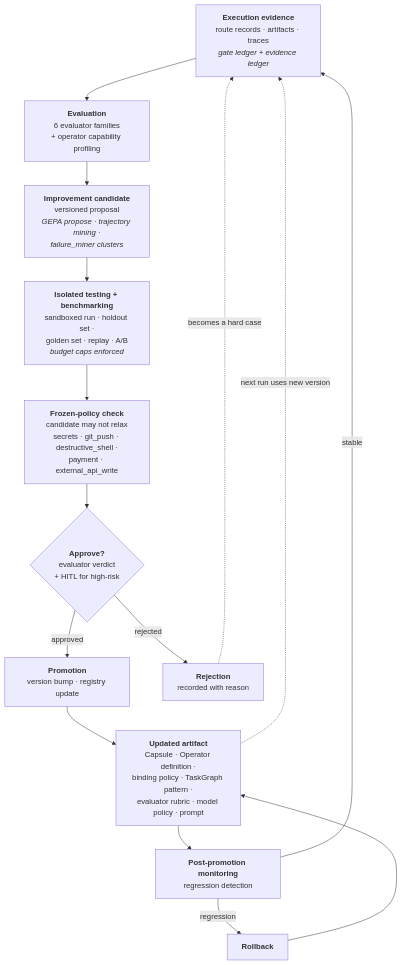
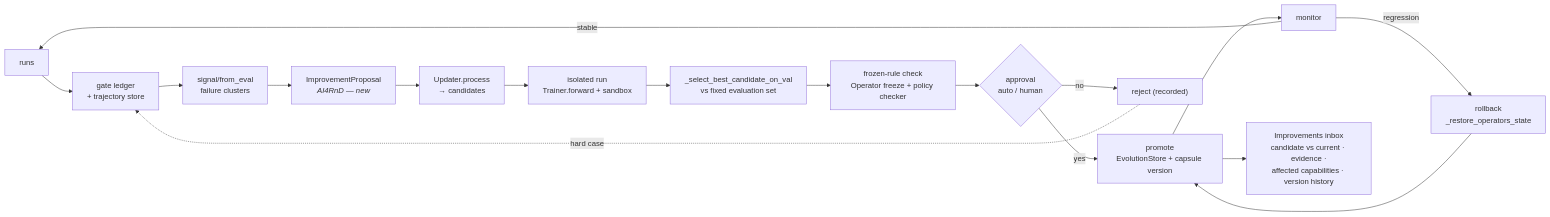
The third of 3 diagrams in docs/analysis/ai4rnd-jiuwenswarm/08-recommended-architecture.md (suraj-subrahmanyan/jiuwenswarm), drawn with Mermaid before and after one commit. The commit also changed other lines of this file and 14 other files, not shown here.

First line of the commit message:
docs(analysis): reopen architecture decision after openjiuwen mechanism inventory

````diff
--- a/docs/analysis/ai4rnd-jiuwenswarm/08-recommended-architecture.md
+++ b/docs/analysis/ai4rnd-jiuwenswarm/08-recommended-architecture.md
@@ -142,22 +141,18 @@
 ```mermaid
-flowchart TB
-    EXEC["<b>Execution evidence</b><br/>route records · artifacts · traces<br/><i>gate ledger + evidence ledger</i>"]
-    EVAL["<b>Evaluation</b><br/>6 evaluator families<br/>+ operator capability profiling"]
-    CAND["<b>Improvement candidate</b><br/>versioned proposal<br/><i>GEPA propose · trajectory mining ·<br/>failure_miner clusters</i>"]
-    ISO["<b>Isolated testing + benchmarking</b><br/>sandboxed run · holdout set ·<br/>golden set · replay · A/B<br/><i>budget caps enforced</i>"]
-    POL["<b>Frozen-policy check</b><br/>candidate may not relax<br/>secrets · git_push · destructive_shell ·<br/>payment · external_api_write"]
-    DEC{"<b>Approve?</b><br/>evaluator verdict<br/>+ HITL for high-risk"}
-    PROMO["<b>Promotion</b><br/>version bump · registry update"]
-    REJ["<b>Rejection</b><br/>recorded with reason"]
-    TGT["<b>Updated artifact</b><br/>Capsule · Operator definition ·<br/>binding policy · TaskGraph pattern ·<br/>evaluator rubric · model policy · prompt"]
-    MON["<b>Post-promotion monitoring</b><br/>regression detection"]
-    RB["<b>Rollback</b>"]
-
-    EXEC --> EVAL --> CAND --> ISO --> POL --> DEC
-    DEC -->|approved| PROMO --> TGT --> MON
-    DEC -->|rejected| REJ
-    MON -->|regression| RB --> TGT
-    MON -->|stable| EXEC
-    REJ -.->|"becomes a hard case"| EXEC
-    TGT -.->|"next run uses new version"| EXEC
+flowchart LR
+    RUN["runs"] --> LED["gate ledger<br/>+ trajectory store"]
+    LED --> SIG["signal/from_eval<br/>failure clusters"]
+    SIG --> PROP["ImprovementProposal<br/><i>AI4RnD — new</i>"]
+    PROP --> CAND["Updater.process<br/>→ candidates"]
+    CAND --> ISO["isolated run<br/>Trainer.forward + sandbox"]
+    ISO --> SEL["_select_best_candidate_on_val<br/>vs fixed evaluation set"]
+    SEL --> FRZ["frozen-rule check<br/>Operator freeze + policy checker"]
+    FRZ --> APP{"approval<br/>auto / human"}
+    APP -->|yes| PROMO["promote<br/>EvolutionStore + capsule version"]
+    APP -->|no| REJ["reject (recorded)"]
+    PROMO --> MON["monitor"] -->|regression| RB["rollback<br/>_restore_operators_state"]
+    RB --> PROMO
+    MON -->|stable| RUN
+    REJ -.->|hard case| LED
+    PROMO --> INBOX["Improvements inbox<br/>candidate vs current · evidence ·<br/>affected capabilities · version history"]
 ```
````
